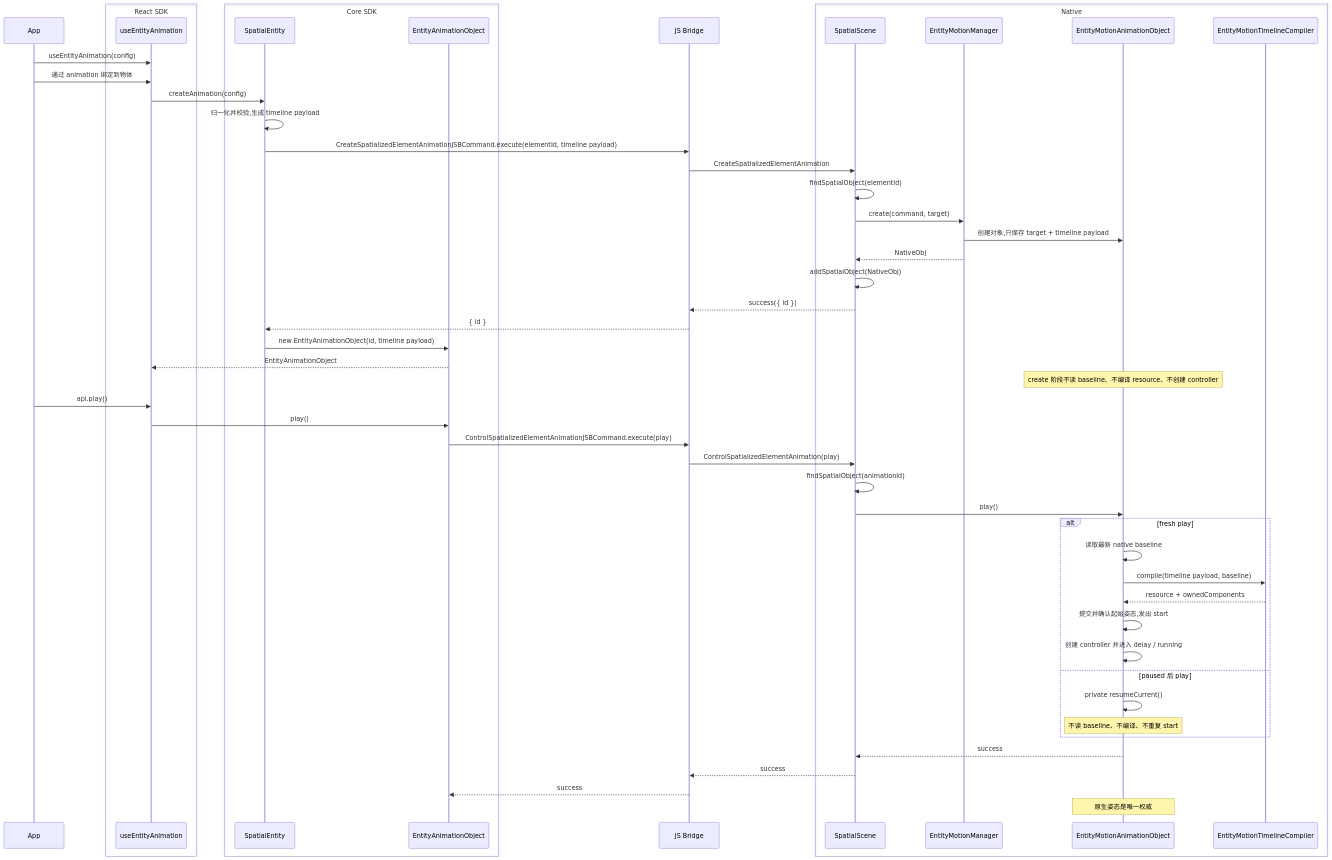
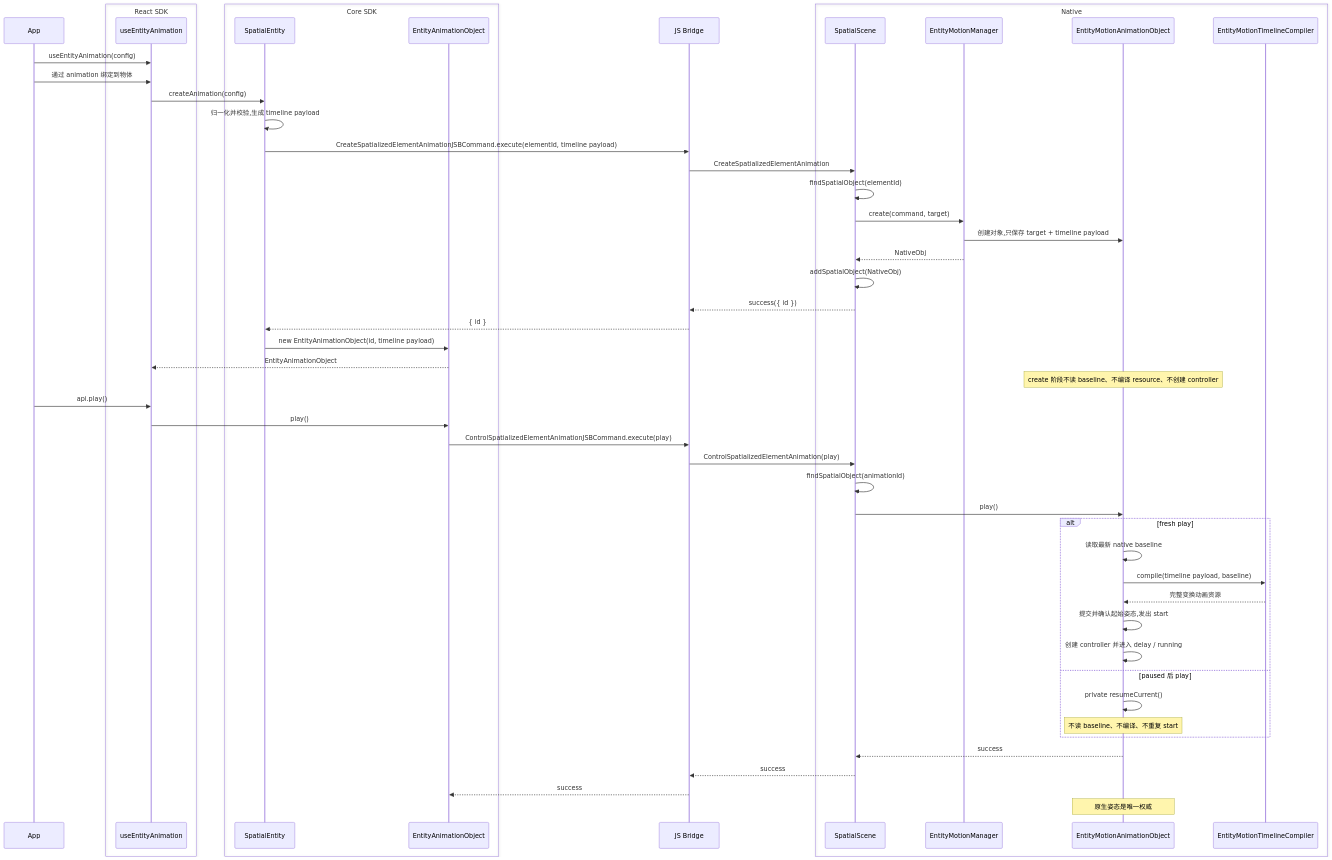
Before and after one commit to webspatial/webspatial-sdk: the third of 14 diagrams in openspec/changes/redesign-entity-motion-api/design.zh.md, drawn with Mermaid. The commit also changed other lines of this file and 7 other files, not shown here.

````diff
--- a/openspec/changes/redesign-entity-motion-api/design.zh.md
+++ b/openspec/changes/redesign-entity-motion-api/design.zh.md
@@ -293,55 +293,55 @@
 ```mermaid
 sequenceDiagram
     participant App
     box React SDK
         participant Hook as useEntityAnimation
     end
     box Core SDK
         participant Entity as SpatialEntity
         participant Obj as EntityAnimationObject
     end
     participant Bridge as JS Bridge
     box Native
         participant Scene as SpatialScene
         participant Manager as EntityMotionManager
         participant NativeObj as EntityMotionAnimationObject
         participant Compiler as EntityMotionTimelineCompiler
     end
 
     App->>Hook: useEntityAnimation(config)
     App->>Hook: 通过 animation 绑定到物体
     Hook->>Entity: createAnimation(config)
     Entity->>Entity: 归一化并校验,生成 timeline payload
     Entity->>Bridge: CreateSpatializedElementAnimationJSBCommand.execute(elementId, timeline payload)
     Bridge->>Scene: CreateSpatializedElementAnimation
     Scene->>Scene: findSpatialObject(elementId)
     Scene->>Manager: create(command, target)
     Manager->>NativeObj: 创建对象,只保存 target + timeline payload
     Manager-->>Scene: NativeObj
     Scene->>Scene: addSpatialObject(NativeObj)
     Scene-->>Bridge: success({ id })
     Bridge-->>Entity: { id }
     Entity->>Obj: new EntityAnimationObject(id, timeline payload)
     Obj-->>Hook: EntityAnimationObject
     Note over NativeObj: create 阶段不读 baseline、不编译 resource、不创建 controller
     App->>Hook: api.play()
     Hook->>Obj: play()
     Obj->>Bridge: ControlSpatializedElementAnimationJSBCommand.execute(play)
     Bridge->>Scene: ControlSpatializedElementAnimation(play)
     Scene->>Scene: findSpatialObject(animationId)
     Scene->>NativeObj: play()
     alt fresh play
         NativeObj->>NativeObj: 读取最新 native baseline
         NativeObj->>Compiler: compile(timeline payload, baseline)
-        Compiler-->>NativeObj: resource + ownedComponents
+        Compiler-->>NativeObj: 完整变换动画资源
         NativeObj->>NativeObj: 提交并确认起始姿态,发出 start
         NativeObj->>NativeObj: 创建 controller 并进入 delay / running
     else paused 后 play
         NativeObj->>NativeObj: private resumeCurrent()
         Note over NativeObj: 不读 baseline、不编译、不重复 start
     end
     NativeObj-->>Scene: success
     Scene-->>Bridge: success
     Bridge-->>Obj: success
     Note over NativeObj: 原生姿态是唯一权威
 ```
````
